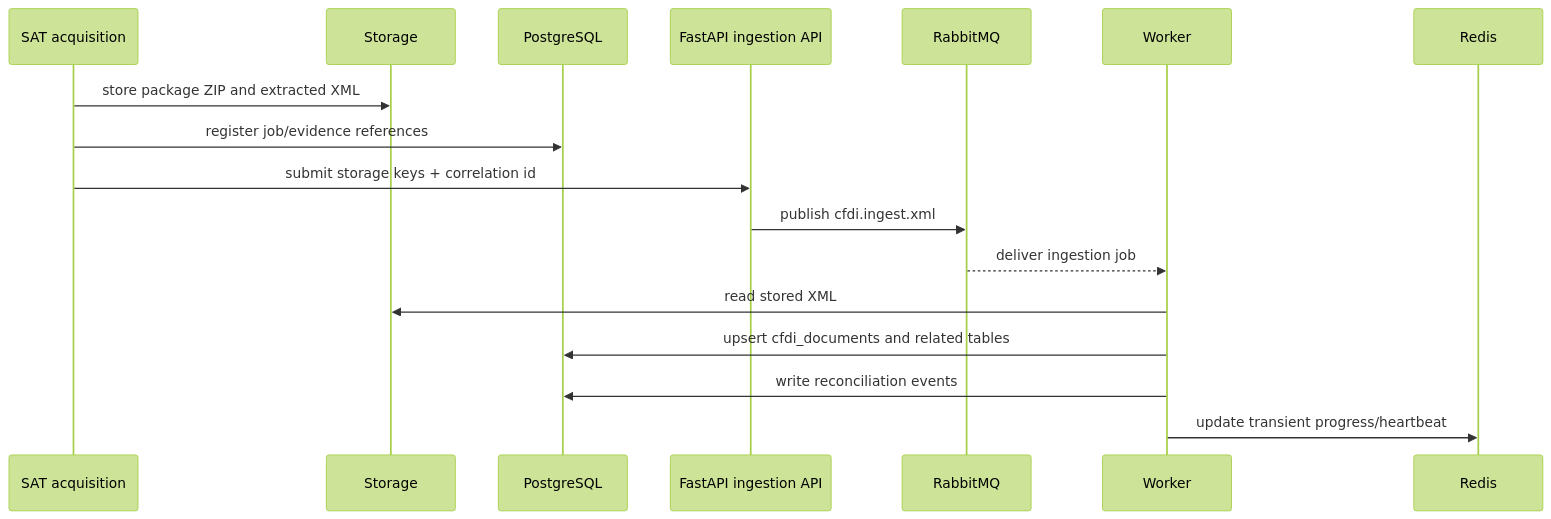
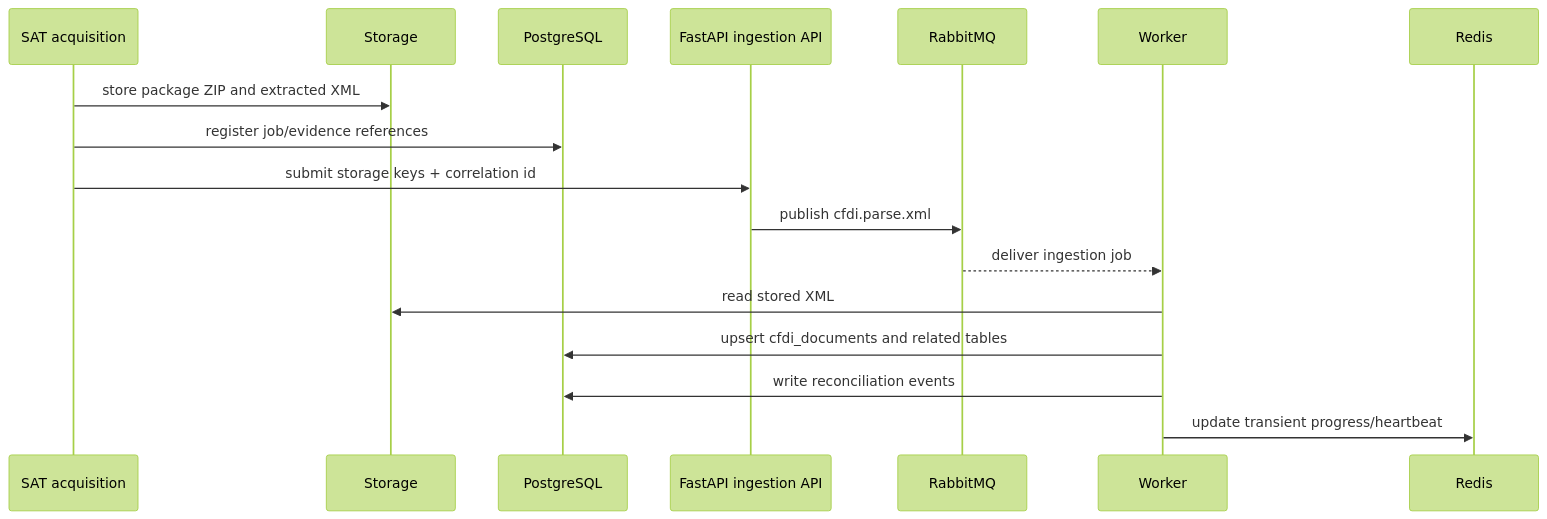
One commit to Crls8a/cfdi-vault-mx changed the third of 3 diagrams in docs/recovery-v2.md. Above: the diagram before and after it, drawn with Mermaid (forest theme). The commit also changed other lines of this file and 9 other files, not shown here.

Commit message:
fix(db): require flyway schema before runtime use

````diff
--- a/docs/recovery-v2.md
+++ b/docs/recovery-v2.md
@@ -76,20 +76,20 @@
 ```mermaid
 sequenceDiagram
     participant Acq as SAT acquisition
     participant Storage
     participant PG as PostgreSQL
     participant API as FastAPI ingestion API
     participant MQ as RabbitMQ
     participant Worker
     participant Redis
 
     Acq->>Storage: store package ZIP and extracted XML
     Acq->>PG: register job/evidence references
     Acq->>API: submit storage keys + correlation id
-    API->>MQ: publish cfdi.ingest.xml
+    API->>MQ: publish cfdi.parse.xml
     MQ-->>Worker: deliver ingestion job
     Worker->>Storage: read stored XML
     Worker->>PG: upsert cfdi_documents and related tables
     Worker->>PG: write reconciliation events
     Worker->>Redis: update transient progress/heartbeat
 ```
````
